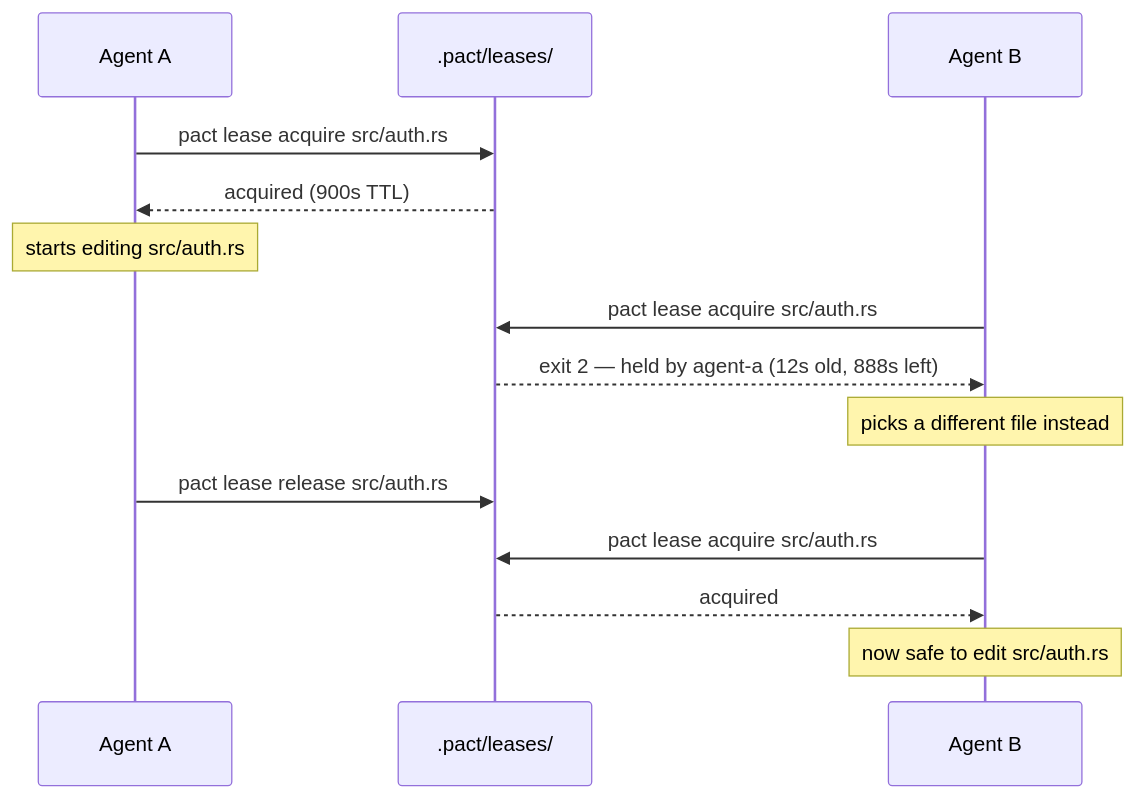
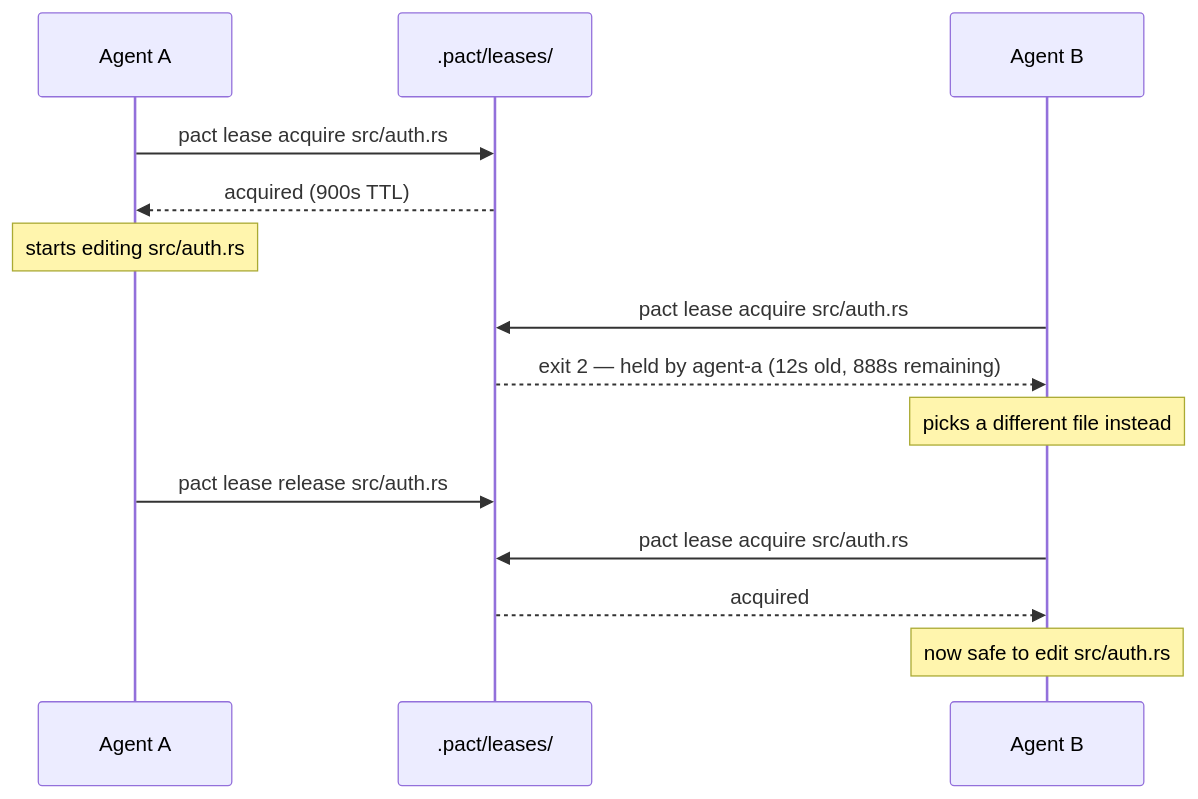
The first of 2 diagrams in docs/leases.md (chussenot/pact), drawn with Mermaid before and after one commit. The commit also changed other lines of this file and 11 other files, not shown here.

````diff
--- a/docs/leases.md
+++ b/docs/leases.md
@@ -39,19 +39,19 @@
 ```mermaid
 sequenceDiagram
     participant A as Agent A
     participant L as .pact/leases/
     participant B as Agent B
 
     A->>L: pact lease acquire src/auth.rs
     L-->>A: acquired (900s TTL)
     Note over A: starts editing src/auth.rs
 
     B->>L: pact lease acquire src/auth.rs
-    L-->>B: exit 2 — held by agent-a (12s old, 888s left)
+    L-->>B: exit 2 — held by agent-a (12s old, 888s remaining)
     Note over B: picks a different file instead
 
     A->>L: pact lease release src/auth.rs
     B->>L: pact lease acquire src/auth.rs
     L-->>B: acquired
     Note over B: now safe to edit src/auth.rs
 ```
````
